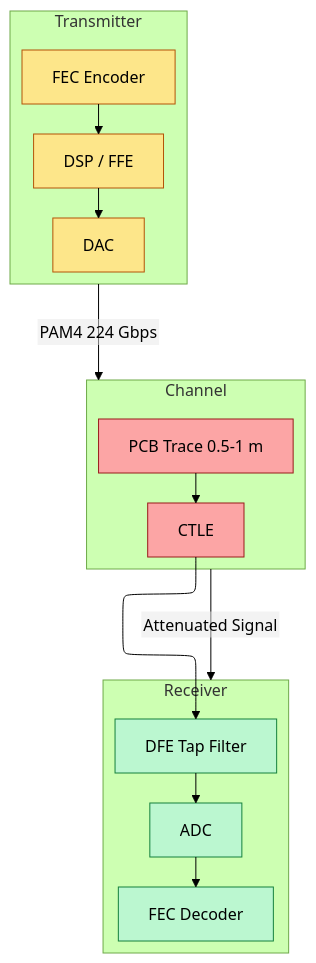
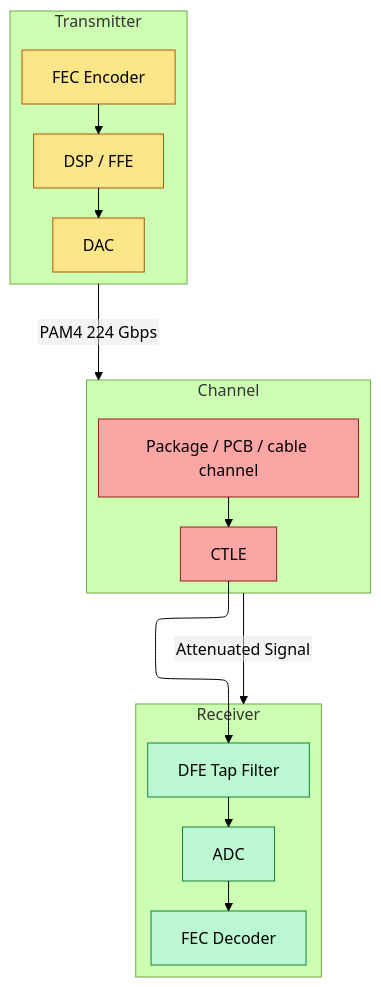
One commit to Wty2003328/ai_infra_intro changed the first of 10 diagrams in L4_Systems_and_Interconnects/01_Networking_and_Interconnect.md. Above: the diagram before and after it, drawn with Mermaid (forest theme). The commit also changed other lines of this file and 3 other files, not shown here.

Commit message:
Expand inter-chip fabric architecture

````diff
--- a/L4_Systems_and_Interconnects/01_Networking_and_Interconnect.md
+++ b/L4_Systems_and_Interconnects/01_Networking_and_Interconnect.md
@@ -49,24 +49,24 @@
 ```mermaid
 %%{init: {"flowchart": {"defaultRenderer": "elk", "nodeSpacing": 60, "rankSpacing": 60, "htmlLabels": false}}}%%
 flowchart TD
     subgraph TX["Transmitter"]
         FEC[FEC Encoder] --> DSP[DSP / FFE]
         DSP --> DAC[DAC]
     end
     subgraph CH["Channel"]
-        PCB[PCB Trace 0.5-1 m] --> CTLE_R[CTLE]
+        PCB[Package / PCB / cable channel] --> CTLE_R[CTLE]
     end
     subgraph RX["Receiver"]
         CTLE_R --> DFE[DFE Tap Filter]
         DFE --> ADC[ADC]
         ADC --> DEC[FEC Decoder]
     end
     TX -->|PAM4 224 Gbps| CH
     CH -->|Attenuated Signal| RX
     classDef tx fill:#fde68a,stroke:#b45309,color:#000
     classDef ch fill:#fca5a5,stroke:#991b1b,color:#000
     classDef rx fill:#bbf7d0,stroke:#15803d,color:#000
     class FEC,DSP,DAC tx
     class PCB,CTLE_R ch
     class DFE,ADC,DEC rx
 ```
````
